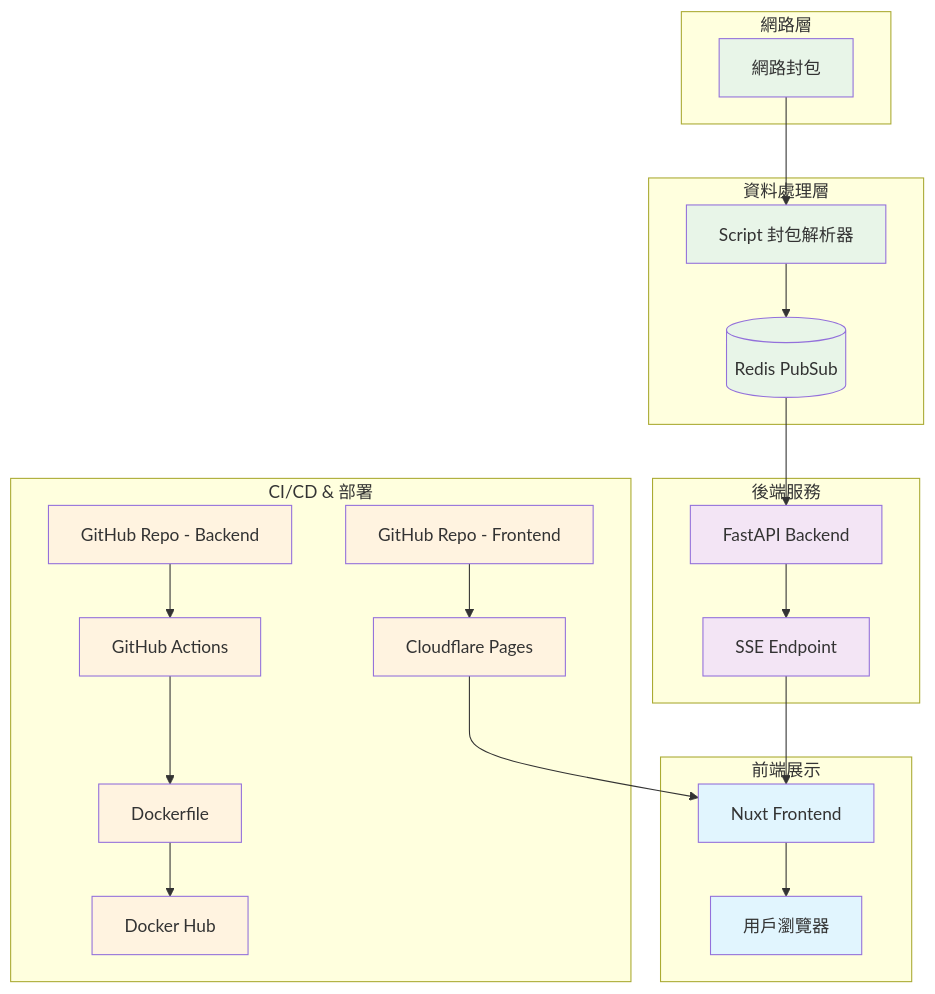
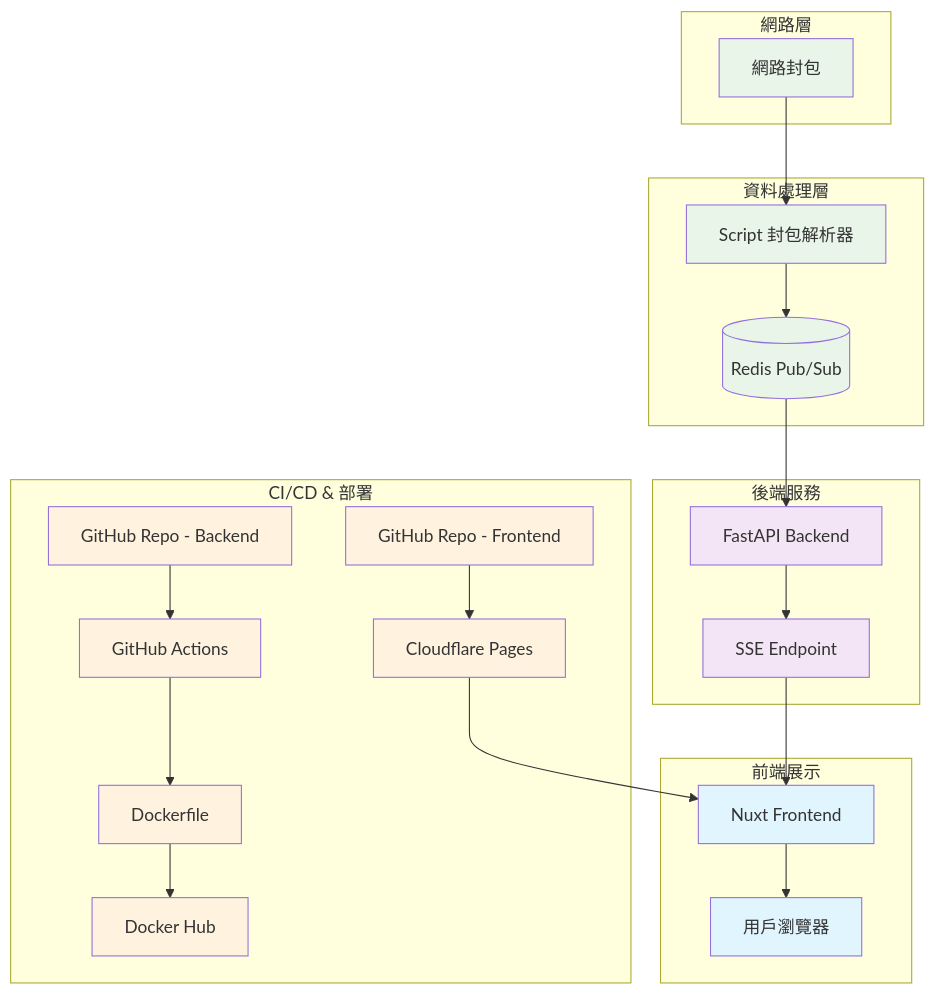
One commit to virgil724/maplestory changed the diagram in README.md. Above: the diagram before and after it, drawn with Mermaid. The commit also changed other lines of this file, not shown here.

````diff
--- a/README.md
+++ b/README.md
@@ -3,65 +3,65 @@
 ```mermaid
 graph TD
     subgraph "網路層"
         A[網路封包] 
     end
     
     subgraph "資料處理層"
         B[Script 封包解析器]
-        C[(Redis PubSub)]
+        C[(Redis Pub/Sub)]
     end
     
     subgraph "後端服務"
         D[FastAPI Backend]
         E[SSE Endpoint]
     end
     
     subgraph "前端展示"
         F[Nuxt Frontend]
         G[用戶瀏覽器]
     end
     
     subgraph "CI/CD & 部署"
         H[GitHub Repo - Backend]
         I[GitHub Actions]
         J[Docker Hub]
         K[Dockerfile]
         
         L[GitHub Repo - Frontend] 
         M[Cloudflare Pages]
     end
     
     %% 資料流向
     A --> B
     B --> C
     C --> D
     D --> E
     E --> F
     F --> G
     
     %% CI/CD 流程
     H --> I
     I --> K
     K --> J
     
     L --> M
     M --> F
     
     %% 樣式
     classDef frontend fill:#e1f5fe
     classDef backend fill:#f3e5f5
     classDef data fill:#e8f5e8
     classDef deploy fill:#fff3e0
     
     class F,G,L,M frontend
     class D,E,H,I,J,K backend
     class A,B,C data
     class H,I,J,K,L,M deploy
 
     %% 專案連結佔位符
     click H "https://github.com/virgil724/maplestory/tree/main" "後端專案倉庫"
     click L "https://github.com/virgil724/maplestory_megaphone" "前端專案倉庫"
     click J "https://hub.docker.com/r/virgil246/artale-backend" "Docker 映像檔"
     click M "https://artale-front.virgil246.com/" "前端網站"
     click F "https://artale-front.virgil246.com/" "用戶訪問網址"
 ```
````
